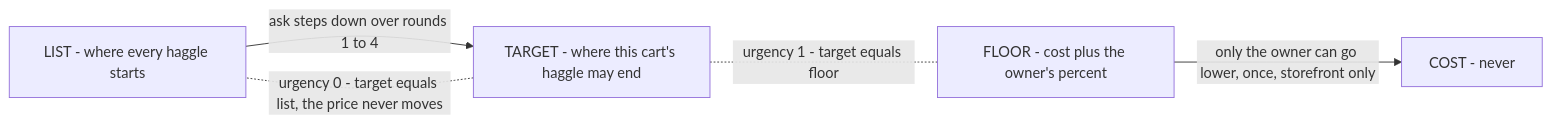
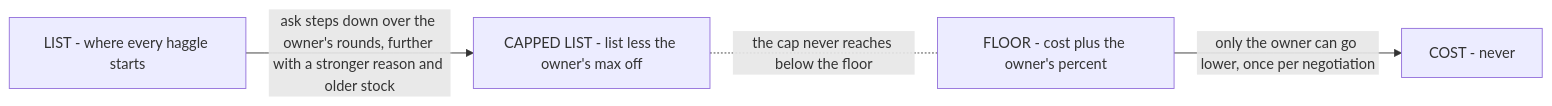
Diagram 16 of 22 in docs/ARCHITECTURE.md (Maristanez/bazaar), drawn with Mermaid before and after one commit. The commit also changed other lines of this file and 13 other files, not shown here.

````diff
--- a/docs/ARCHITECTURE.md
+++ b/docs/ARCHITECTURE.md
@@ -566,11 +569,10 @@
 ```mermaid
 flowchart LR
   L["LIST - where every haggle starts"]
-  T["TARGET - where this cart's haggle may end"]
+  CAP["CAPPED LIST - list less the owner's max off"]
   F["FLOOR - cost plus the owner's percent"]
   C["COST - never"]
-  L -->|"ask steps down over rounds 1 to 4"| T
-  T -.-|"urgency 0 - target equals list, the price never moves"| L
-  T -.-|"urgency 1 - target equals floor"| F
-  F -->|"only the owner can go lower, once, storefront only"| C
+  L -->|"ask steps down over the owner's rounds, further with a stronger reason and older stock"| CAP
+  CAP -.-|"the cap never reaches below the floor"| F
+  F -->|"only the owner can go lower, once per negotiation"| C
 ```
````
